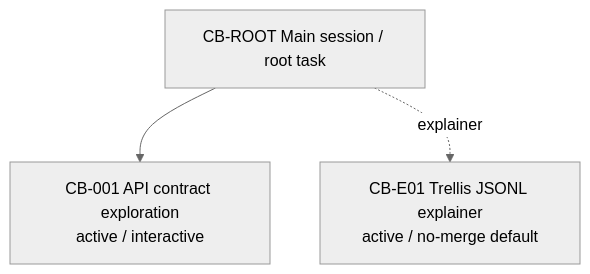
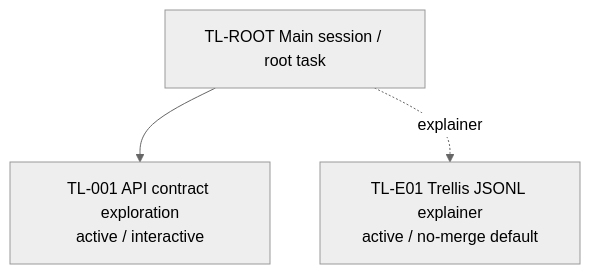
The diagram in examples/branch-map.md (Jinghao67/conductor), drawn with Mermaid (neutral theme) before and after one commit. The commit also changed other lines of this file and 16 other files, not shown here.

````diff
--- a/examples/branch-map.md
+++ b/examples/branch-map.md
@@ -21,9 +21,9 @@
 ```mermaid
 flowchart TD
-  ROOT["CB-ROOT Main session / root task"]
-  B1["CB-001 API contract exploration<br/>active / interactive"]
-  E1["CB-E01 Trellis JSONL explainer<br/>active / no-merge default"]
+  ROOT["TL-ROOT Main session / root task"]
+  B1["TL-001 API contract exploration<br/>active / interactive"]
+  E1["TL-E01 Trellis JSONL explainer<br/>active / no-merge default"]
 
   ROOT --> B1
   ROOT -. explainer .-> E1
 ```
````
